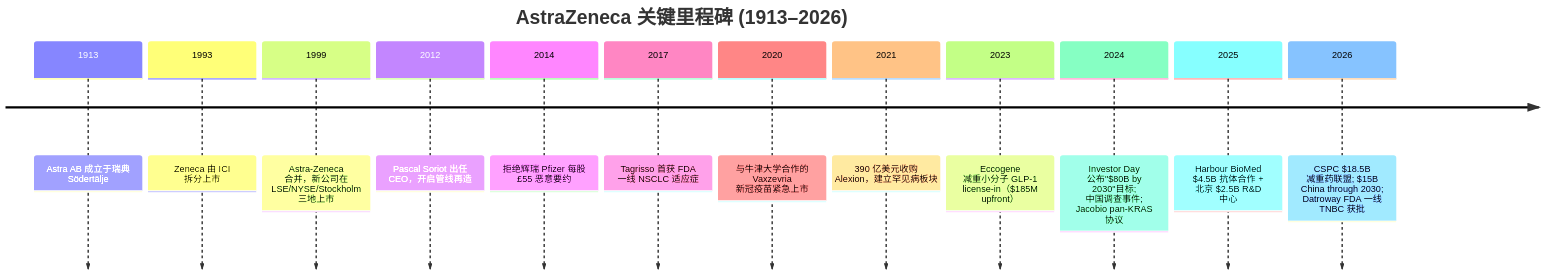
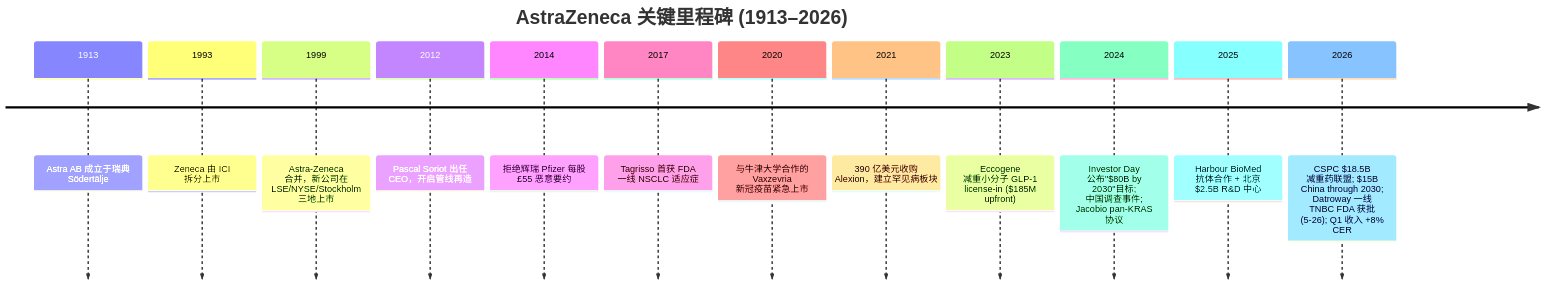
The first of 2 diagrams in reports/company/Astrazeneca_NYSE_AZN/Astrazeneca_NYSE_AZN_公司研究.md (dadachundan/financial_agent), drawn with Mermaid before and after one commit. The commit also changed other lines of this file and 9 other files, not shown here.

First line of the commit message:
feat(company-research): refresh AstraZeneca (AZN) to current spec — decision layer + full chart suite

````diff
--- a/reports/company/Astrazeneca_NYSE_AZN/Astrazeneca_NYSE_AZN_公司研究.md
+++ b/reports/company/Astrazeneca_NYSE_AZN/Astrazeneca_NYSE_AZN_公司研究.md
@@ -50,16 +506,16 @@
 ```mermaid
 timeline
     title AstraZeneca 关键里程碑 (1913–2026)
     1913 : Astra AB 成立于瑞典 Södertälje
     1993 : Zeneca 由 ICI 拆分上市
     1999 : Astra-Zeneca 合并，新公司在 LSE/NYSE/Stockholm 三地上市
     2012 : Pascal Soriot 出任 CEO，开启管线再造
     2014 : 拒绝辉瑞 Pfizer 每股 £55 恶意要约
     2017 : Tagrisso 首获 FDA 一线 NSCLC 适应症
     2020 : 与牛津大学合作的 Vaxzevria 新冠疫苗紧急上市
     2021 : 390 亿美元收购 Alexion，建立罕见病板块
-    2023 : Eccogene 减重小分子 GLP-1 license-in（$185M upfront）
+    2023 : Eccogene 减重小分子 GLP-1 license-in ($185M upfront)
     2024 : Investor Day 公布"$80B by 2030"目标; 中国调查事件; Jacobio pan-KRAS 协议
-    2025 : Harbour BioMed $4.5B 抗体合作 + 北京 $2.5B R&D 中心
-    2026 : CSPC $18.5B 减重药联盟; $15B China through 2030; Datroway FDA 一线 TNBC 获批
+    2025 : Harbour BioMed 抗体合作 + 北京 $2.5B R&D 中心
+    2026 : CSPC $18.5B 减重药联盟; $15B China through 2030; Datroway 一线 TNBC FDA 获批 (5-26); Q1 收入 +8% CER
 ```
````
